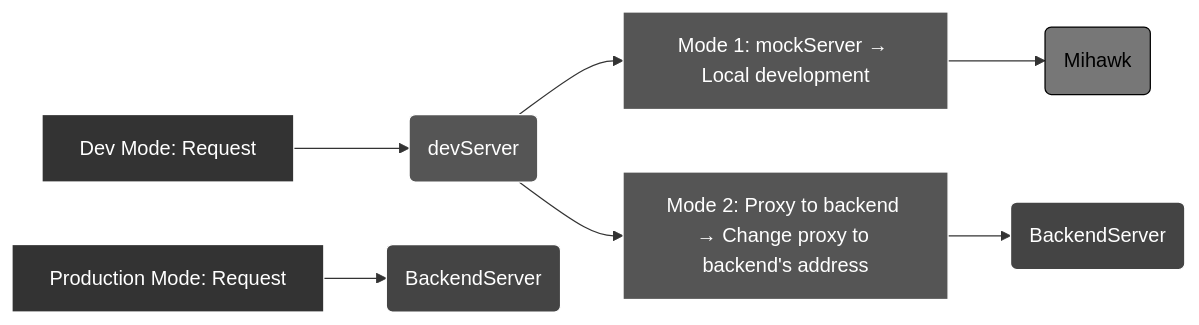
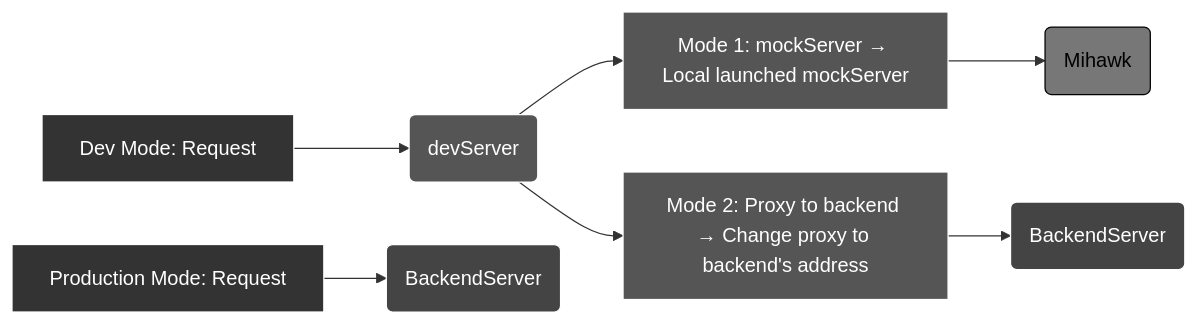
Before and after one commit to Froguard/mihawk: the diagram in README.md, drawn with Mermaid. The commit also changed other lines of this file and 1 other file, not shown here.

````diff
--- a/README.md
+++ b/README.md
@@ -289,27 +26,27 @@
 ```mermaid
 graph LR
     A[Dev Mode: Request] --> B(devServer)
-    B --> D1[Mode 1: mockServer → Local development]
+    B --> D1[Mode 1: mockServer → Local launched mockServer]
     B --> D2[Mode 2: Proxy to backend → Change proxy to backend's address]
     D1 --> C(Mihawk)
     D2 --> E(BackendServer)
 
     F[Production Mode: Request] --> G(BackendServer)
 
     style A fill:#333,stroke:#fff,fill-opacity:1,color:#fff
     style B fill:#555,stroke:#fff,fill-opacity:1,color:#fff
     style C fill:#777,stroke:#000,fill-opacity:1,color:#000
     style D1 fill:#555,stroke:#fff,fill-opacity:1,color:#fff
     style D2 fill:#555,stroke:#fff,fill-opacity:1,color:#fff
     style E fill:#444,stroke:#fff,fill-opacity:1,color:#fff
     style F fill:#333,stroke:#fff,fill-opacity:1,color:#fff
     style G fill:#444,stroke:#fff,fill-opacity:1,color:#fff
 
     classDef devStyle fill:#333,stroke:#fff,fill-opacity:1,color:#fff;
     classDef serviceStyle fill:#555,stroke:#fff,fill-opacity:1,color:#fff;
     classDef backendStyle fill:#444,stroke:#fff,fill-opacity:1,color:#fff;
 
     class A,F devStyle
     class B,D1,D2 serviceStyle
     class C,E,G backendStyle
 ```
````
